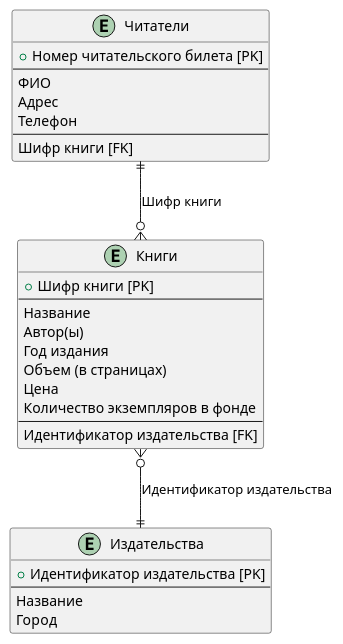
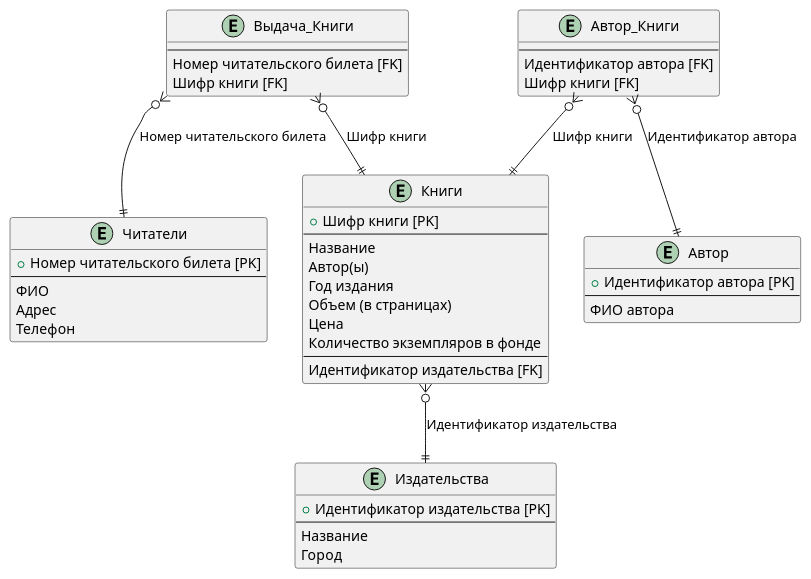
The diagram in PlantUML_file/library_add_new_row.puml (Rastorguev763/library_example), drawn with PlantUML before and after one commit. The commit also changed 3 other files, not shown here.

```diff
--- a/PlantUML_file/library_add_new_row.puml
+++ b/PlantUML_file/library_add_new_row.puml
@@ -1,37 +1,56 @@
 @startuml library
 scale 1
 
 entity "Читатели" as readers {
   + Номер читательского билета [PK]
   --
   ФИО
   Адрес
   Телефон
-  --
-  Шифр книги [FK]
 }
 
 entity "Книги" as books {
   + Шифр книги [PK]
   --
   Название
   Автор(ы)
   Год издания
   Объем (в страницах)
   Цена
   Количество экземпляров в фонде
   --
   Идентификатор издательства [FK]
 }
 
 entity "Издательства" as publishers {
   + Идентификатор издательства [PK]
   --
   Название
   Город
 }
 
-readers ||--o{ books : Шифр книги
+entity "Автор" as author {
+  + Идентификатор автора [PK]
+  --
+  ФИО автора 
+}
+
+entity "Выдача_Книги" as issuing {
+  --
+  Номер читательского билета [FK]
+  Шифр книги [FK]
+}
+
+entity "Автор_Книги" as book_author {
+  --
+  Идентификатор автора [FK]
+  Шифр книги [FK]
+}
+
 books }o--|| publishers : Идентификатор издательства
+issuing }o--|| books : Шифр книги
+issuing }o--|| readers : Номер читательского билета
+book_author }o--|| author : Идентификатор автора
+book_author }o--|| books : Шифр книги
 
 @enduml
```
